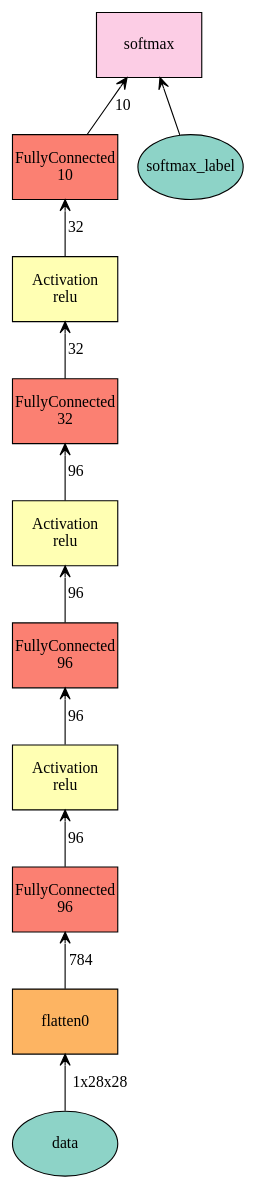
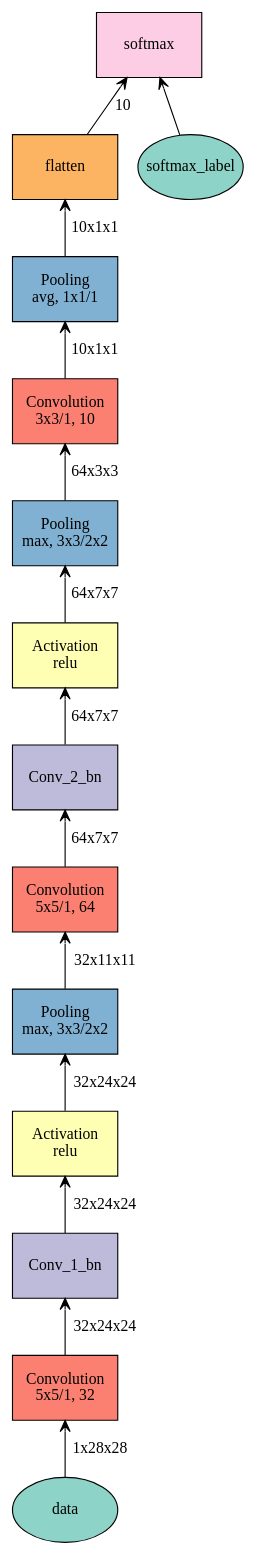
One commit to truebruce/MXnet_trial_mnist changed the diagram in MNIST_trial/plot.gv. Above: the diagram before and after it, drawn with Graphviz. The commit also changed 5 other files, not shown here.

```diff
--- a/MNIST_trial/plot.gv
+++ b/MNIST_trial/plot.gv
@@ -1,23 +1,29 @@
 digraph plot {
 	data [label=data fillcolor="#8dd3c7" fixedsize=true height=0.8034 shape=oval style=filled width=1.3]
-	flatten0 [label=flatten0 fillcolor="#fdb462" fixedsize=true height=0.8034 shape=box style=filled width=1.3]
-	FC_1 [label="FullyConnected\n96" fillcolor="#fb8072" fixedsize=true height=0.8034 shape=box style=filled width=1.3]
-	FC_1_act [label="Activation\nrelu" fillcolor="#ffffb3" fixedsize=true height=0.8034 shape=box style=filled width=1.3]
-	FC_2 [label="FullyConnected\n96" fillcolor="#fb8072" fixedsize=true height=0.8034 shape=box style=filled width=1.3]
-	FC_2_act [label="Activation\nrelu" fillcolor="#ffffb3" fixedsize=true height=0.8034 shape=box style=filled width=1.3]
-	FC_3 [label="FullyConnected\n32" fillcolor="#fb8072" fixedsize=true height=0.8034 shape=box style=filled width=1.3]
-	FC_3_act [label="Activation\nrelu" fillcolor="#ffffb3" fixedsize=true height=0.8034 shape=box style=filled width=1.3]
-	fc_out [label="FullyConnected\n10" fillcolor="#fb8072" fixedsize=true height=0.8034 shape=box style=filled width=1.3]
+	Conv_1 [label="Convolution\n5x5/1, 32" fillcolor="#fb8072" fixedsize=true height=0.8034 shape=box style=filled width=1.3]
+	Conv_1_bn [label=Conv_1_bn fillcolor="#bebada" fixedsize=true height=0.8034 shape=box style=filled width=1.3]
+	Conv_1_act [label="Activation\nrelu" fillcolor="#ffffb3" fixedsize=true height=0.8034 shape=box style=filled width=1.3]
+	Conv_1_pooling [label="Pooling\nmax, 3x3/2x2" fillcolor="#80b1d3" fixedsize=true height=0.8034 shape=box style=filled width=1.3]
+	Conv_2 [label="Convolution\n5x5/1, 64" fillcolor="#fb8072" fixedsize=true height=0.8034 shape=box style=filled width=1.3]
+	Conv_2_bn [label=Conv_2_bn fillcolor="#bebada" fixedsize=true height=0.8034 shape=box style=filled width=1.3]
+	Conv_2_act [label="Activation\nrelu" fillcolor="#ffffb3" fixedsize=true height=0.8034 shape=box style=filled width=1.3]
+	Conv_2_pooling [label="Pooling\nmax, 3x3/2x2" fillcolor="#80b1d3" fixedsize=true height=0.8034 shape=box style=filled width=1.3]
+	Conv_3 [label="Convolution\n3x3/1, 10" fillcolor="#fb8072" fixedsize=true height=0.8034 shape=box style=filled width=1.3]
+	Conv_3_pooling [label="Pooling\navg, 1x1/1" fillcolor="#80b1d3" fixedsize=true height=0.8034 shape=box style=filled width=1.3]
+	flatten [label=flatten fillcolor="#fdb462" fixedsize=true height=0.8034 shape=box style=filled width=1.3]
 	softmax_label [label=softmax_label fillcolor="#8dd3c7" fixedsize=true height=0.8034 shape=oval style=filled width=1.3]
 	softmax [label=softmax fillcolor="#fccde5" fixedsize=true height=0.8034 shape=box style=filled width=1.3]
-	flatten0 -> data [label="1x28x28" arrowtail=open dir=back]
-	FC_1 -> flatten0 [label=784 arrowtail=open dir=back]
-	FC_1_act -> FC_1 [label=96 arrowtail=open dir=back]
-	FC_2 -> FC_1_act [label=96 arrowtail=open dir=back]
-	FC_2_act -> FC_2 [label=96 arrowtail=open dir=back]
-	FC_3 -> FC_2_act [label=96 arrowtail=open dir=back]
-	FC_3_act -> FC_3 [label=32 arrowtail=open dir=back]
-	fc_out -> FC_3_act [label=32 arrowtail=open dir=back]
-	softmax -> fc_out [label=10 arrowtail=open dir=back]
+	Conv_1 -> data [label="1x28x28" arrowtail=open dir=back]
+	Conv_1_bn -> Conv_1 [label="32x24x24" arrowtail=open dir=back]
+	Conv_1_act -> Conv_1_bn [label="32x24x24" arrowtail=open dir=back]
+	Conv_1_pooling -> Conv_1_act [label="32x24x24" arrowtail=open dir=back]
+	Conv_2 -> Conv_1_pooling [label="32x11x11" arrowtail=open dir=back]
+	Conv_2_bn -> Conv_2 [label="64x7x7" arrowtail=open dir=back]
+	Conv_2_act -> Conv_2_bn [label="64x7x7" arrowtail=open dir=back]
+	Conv_2_pooling -> Conv_2_act [label="64x7x7" arrowtail=open dir=back]
+	Conv_3 -> Conv_2_pooling [label="64x3x3" arrowtail=open dir=back]
+	Conv_3_pooling -> Conv_3 [label="10x1x1" arrowtail=open dir=back]
+	flatten -> Conv_3_pooling [label="10x1x1" arrowtail=open dir=back]
+	softmax -> flatten [label=10 arrowtail=open dir=back]
 	softmax -> softmax_label [label="" arrowtail=open dir=back]
 }
```
